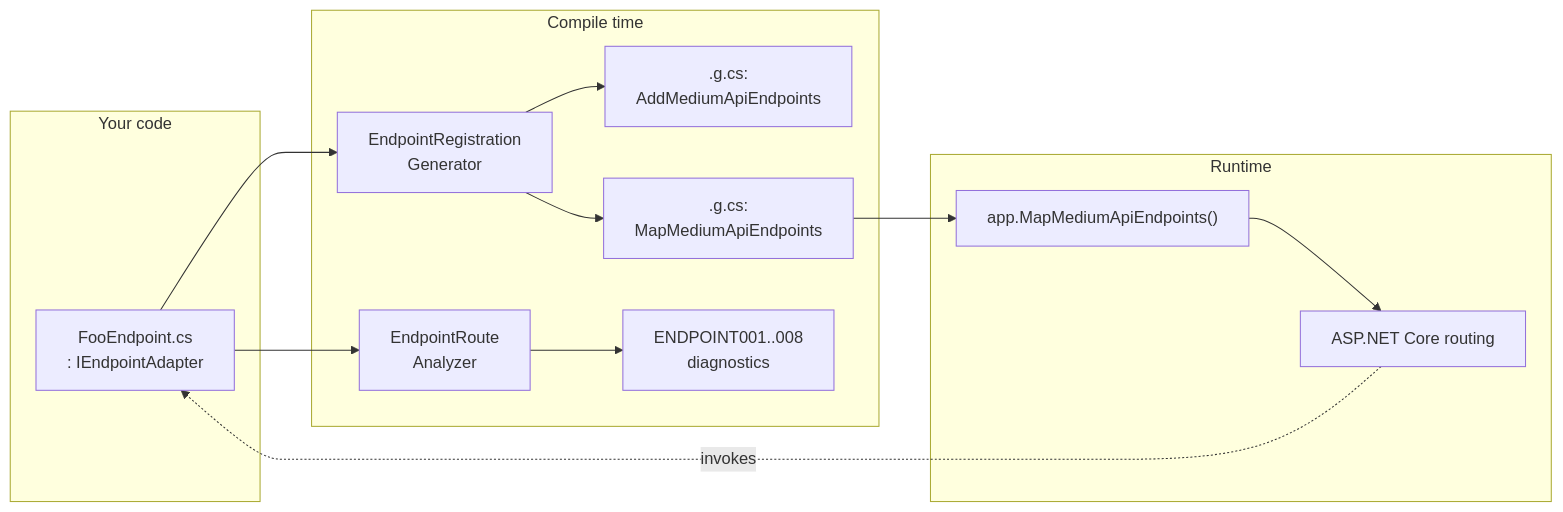
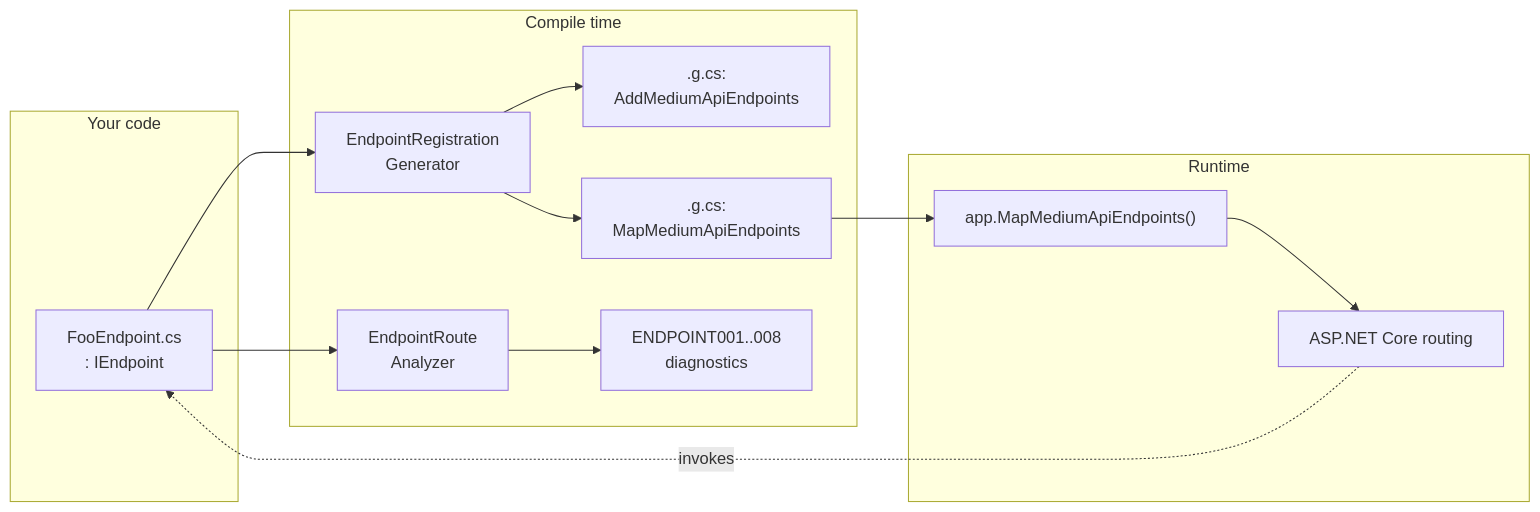
Before and after one commit to RonSijm/RonSijm.MediumAPI: the first of 2 diagrams in README.md, drawn with Mermaid. The commit also changed other lines of this file and 54 other files, not shown here.

````diff
--- a/README.md
+++ b/README.md
@@ -193,28 +193,28 @@
 ```mermaid
 flowchart LR
     subgraph Author["Your code"]
-        E["FooEndpoint.cs<br/>: IEndpointAdapter"]
+        E["FooEndpoint.cs<br/>: IEndpoint"]
     end
 
     subgraph Compile["Compile time"]
         Gen["EndpointRegistration<br/>Generator"]
         An["EndpointRoute<br/>Analyzer"]
         AddG[".g.cs:<br/>AddMediumApiEndpoints"]
         MapG[".g.cs:<br/>MapMediumApiEndpoints"]
         Diag["ENDPOINT001..008<br/>diagnostics"]
     end
 
     subgraph Runtime["Runtime"]
         Host["app.MapMediumApiEndpoints()"]
         Routing["ASP.NET Core routing"]
     end
 
     E --> Gen
     E --> An
     An --> Diag
     Gen --> AddG
     Gen --> MapG
     MapG --> Host
     Host --> Routing
     Routing -. invokes .-> E
 ```
````
